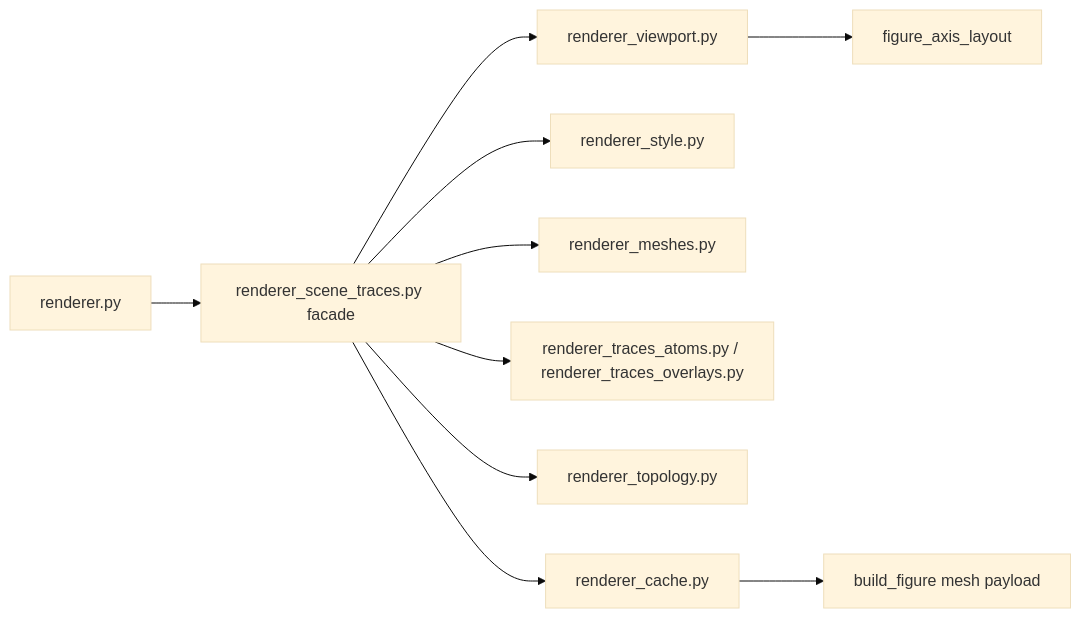
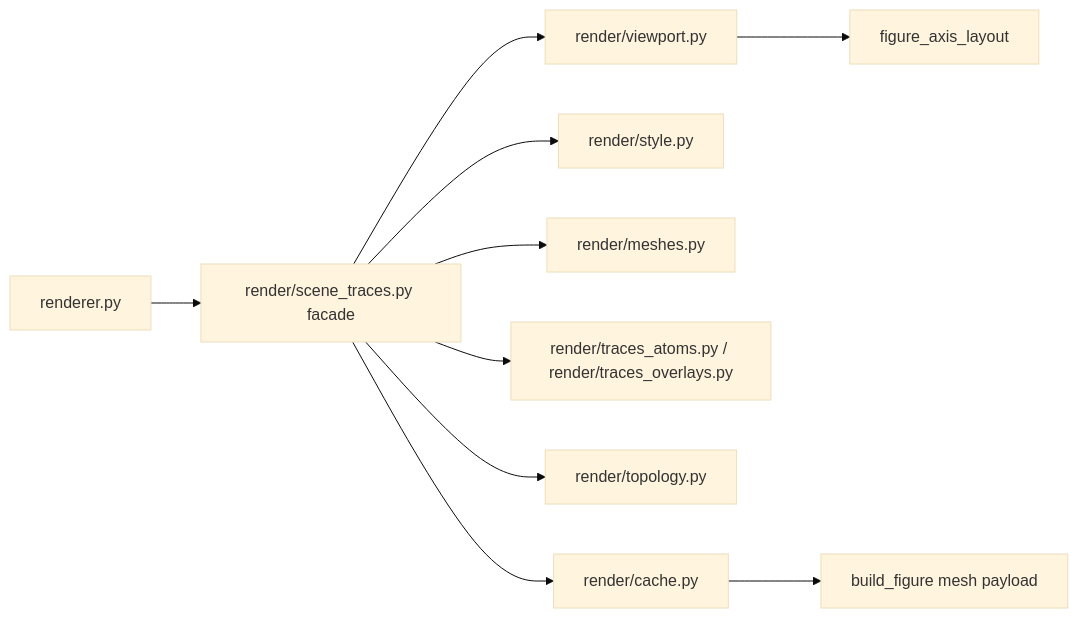
One commit to SchrodingersCattt/MatterVis changed the second of 2 diagrams in docs/redesign/rendering.md. Above: the diagram before and after it, drawn with Mermaid (base theme). The commit also changed other lines of this file and 10 other files, not shown here.

First line of the commit message:
docs: sync subpackage architecture references

````diff
--- a/docs/redesign/rendering.md
+++ b/docs/redesign/rendering.md
@@ -110,20 +110,20 @@
 ```mermaid
 flowchart LR
     renderer["renderer.py"]
-    facade["renderer_scene_traces.py facade"]
-    viewport["renderer_viewport.py"]
-    styleModule["renderer_style.py"]
-    meshes["renderer_meshes.py"]
-    traces["renderer_traces_atoms.py / renderer_traces_overlays.py"]
-    topology["renderer_topology.py"]
-    cache["renderer_cache.py"]
+    facade["render/scene_traces.py facade"]
+    viewport["render/viewport.py"]
+    styleModule["render/style.py"]
+    meshes["render/meshes.py"]
+    traces["render/traces_atoms.py / render/traces_overlays.py"]
+    topology["render/topology.py"]
+    cache["render/cache.py"]
     renderer --> facade
     facade --> viewport
     facade --> styleModule
     facade --> meshes
     facade --> traces
     facade --> topology
     facade --> cache
     viewport --> layout["figure_axis_layout"]
     cache --> figure["build_figure mesh payload"]
 ```
````
